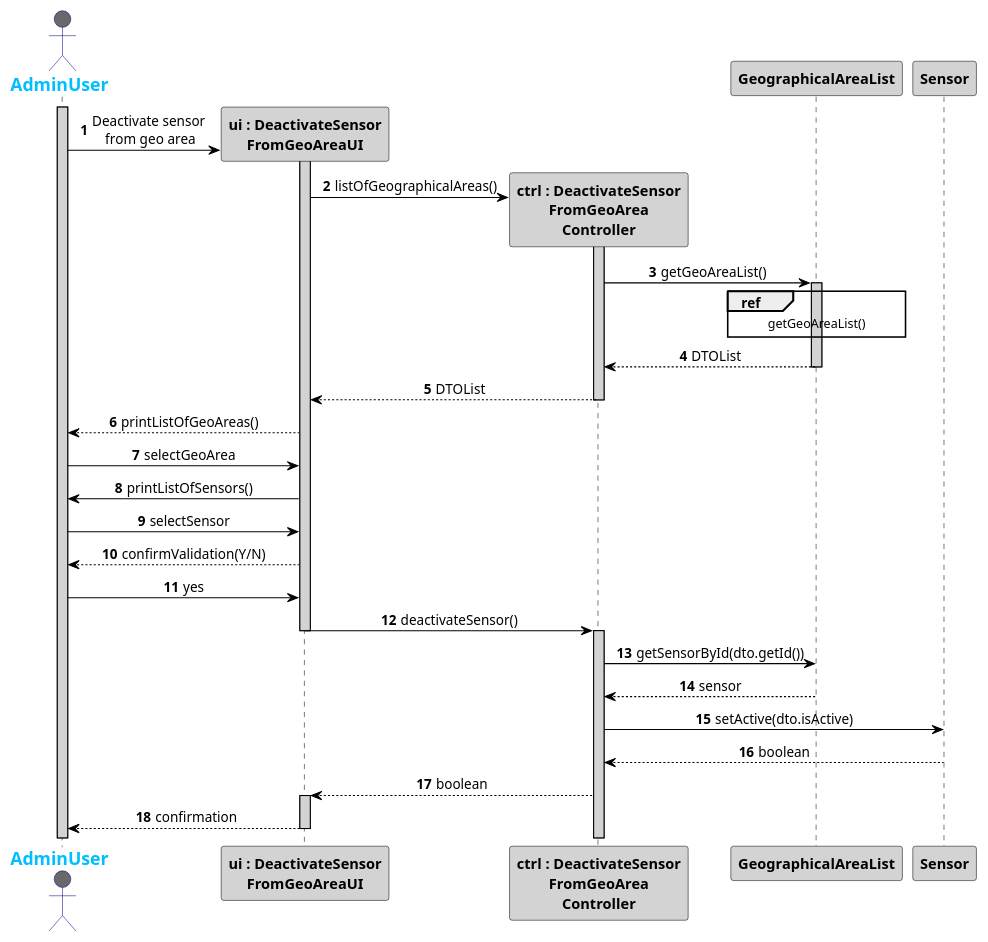
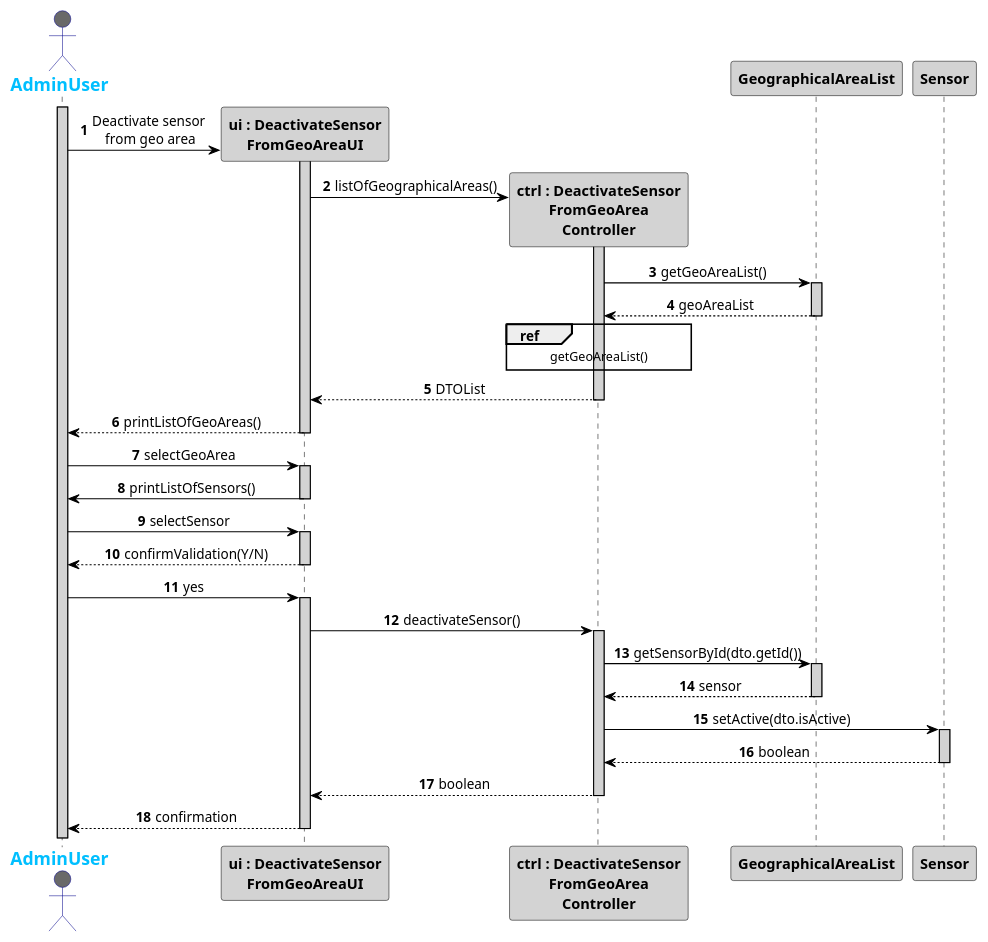
One commit to 1181687/hateoasToy changed the diagram in src/main/java/pt/ipp/isep/dei/project/controllers/deactivatesensorfromgeoarea/SD_DeactivateSensorFromGeoArea.puml. Above: the diagram before and after it, drawn with PlantUML. The commit also changed 1 other file, not shown here.

Commit message:
Addresses #147. More updates to the sequence diagram.

```diff
--- a/src/main/java/pt/ipp/isep/dei/project/controllers/deactivatesensorfromgeoarea/SD_DeactivateSensorFromGeoArea.puml
+++ b/src/main/java/pt/ipp/isep/dei/project/controllers/deactivatesensorfromgeoarea/SD_DeactivateSensorFromGeoArea.puml
@@ -1,67 +1,75 @@
 @startuml
 autonumber
 skinparam sequenceMessageAlign center
 skinparam sequence {
 	ArrowColor Black
 	ActorBorderColor DarkBlue
 	LifeLineBorderColor black
 	LifeLineBackgroundColor LightGrey
 
 	ParticipantBorderColor Black
 	ParticipantBackgroundColor LightGrey
 	ParticipantFontStyle Bold
 
 	ActorBackgroundColor DimGrey
 	ActorFontColor DeepSkyBlue
 	ActorFontStyle Bold
 	ActorFontSize 17
 	ActorFontName Aapex
 }
 
 actor AdminUser
 activate AdminUser
 
 AdminUser -> "ui : DeactivateSensor\nFromGeoAreaUI" **: Deactivate sensor \nfrom geo area
 activate "ui : DeactivateSensor\nFromGeoAreaUI"
 "ui : DeactivateSensor\nFromGeoAreaUI" -> "ctrl : DeactivateSensor\nFromGeoArea\nController" **: listOfGeographicalAreas()
 activate "ctrl : DeactivateSensor\nFromGeoArea\nController"
 
 "ctrl : DeactivateSensor\nFromGeoArea\nController" -> "GeographicalAreaList": getGeoAreaList()
 activate "GeographicalAreaList"
-ref over "GeographicalAreaList"
+"GeographicalAreaList" --> "ctrl : DeactivateSensor\nFromGeoArea\nController": geoAreaList
+ref over "ctrl : DeactivateSensor\nFromGeoArea\nController"
 getGeoAreaList()
 end
-"GeographicalAreaList" --> "ctrl : DeactivateSensor\nFromGeoArea\nController": DTOList
+
 deactivate "GeographicalAreaList"
 "ctrl : DeactivateSensor\nFromGeoArea\nController" --> "ui : DeactivateSensor\nFromGeoAreaUI": DTOList
 deactivate "ctrl : DeactivateSensor\nFromGeoArea\nController"
 "ui : DeactivateSensor\nFromGeoAreaUI" --> AdminUser : printListOfGeoAreas()
+deactivate "ui : DeactivateSensor\nFromGeoAreaUI"
+AdminUser -> "ui : DeactivateSensor\nFromGeoAreaUI": selectGeoArea
+activate "ui : DeactivateSensor\nFromGeoAreaUI"
+"ui : DeactivateSensor\nFromGeoAreaUI" -> AdminUser: printListOfSensors()
+deactivate "ui : DeactivateSensor\nFromGeoAreaUI"
+"ui : DeactivateSensor\nFromGeoAreaUI" <- AdminUser: selectSensor
+activate "ui : DeactivateSensor\nFromGeoAreaUI"
+"ui : DeactivateSensor\nFromGeoAreaUI" --> AdminUser: confirmValidation(Y/N)
+deactivate "ui : DeactivateSensor\nFromGeoAreaUI"
+AdminUser -> "ui : DeactivateSensor\nFromGeoAreaUI": yes
+activate "ui : DeactivateSensor\nFromGeoAreaUI"
+"ui : DeactivateSensor\nFromGeoAreaUI" -> "ctrl : DeactivateSensor\nFromGeoArea\nController": deactivateSensor()
 
-AdminUser -> "ui : DeactivateSensor\nFromGeoAreaUI": selectGeoArea
-"ui : DeactivateSensor\nFromGeoAreaUI" -> AdminUser: printListOfSensors()
-"ui : DeactivateSensor\nFromGeoAreaUI" <- AdminUser: selectSensor
-"ui : DeactivateSensor\nFromGeoAreaUI" --> AdminUser: confirmValidation(Y/N)
-
-AdminUser -> "ui : DeactivateSensor\nFromGeoAreaUI": yes
-
-"ui : DeactivateSensor\nFromGeoAreaUI" -> "ctrl : DeactivateSensor\nFromGeoArea\nController": deactivateSensor()
-deactivate "ui : DeactivateSensor\nFromGeoAreaUI"
 activate "ctrl : DeactivateSensor\nFromGeoArea\nController"
 "ctrl : DeactivateSensor\nFromGeoArea\nController" -> "GeographicalAreaList" : getSensorById(dto.getId())
+activate "GeographicalAreaList"
 "GeographicalAreaList" --> "ctrl : DeactivateSensor\nFromGeoArea\nController": sensor
+deactivate "GeographicalAreaList"
 "ctrl : DeactivateSensor\nFromGeoArea\nController" -> Sensor: setActive(dto.isActive)
+activate Sensor
 Sensor --> "ctrl : DeactivateSensor\nFromGeoArea\nController": boolean
+deactivate Sensor
 "ctrl : DeactivateSensor\nFromGeoArea\nController" --> "ui : DeactivateSensor\nFromGeoAreaUI": boolean
-activate "ui : DeactivateSensor\nFromGeoAreaUI"
+deactivate "ctrl : DeactivateSensor\nFromGeoArea\nController"
 "ui : DeactivateSensor\nFromGeoAreaUI" --> AdminUser: confirmation
 deactivate "ui : DeactivateSensor\nFromGeoAreaUI"
 
 
 
 
 
 
 
 
 
 @enduml
```
